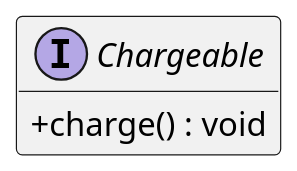
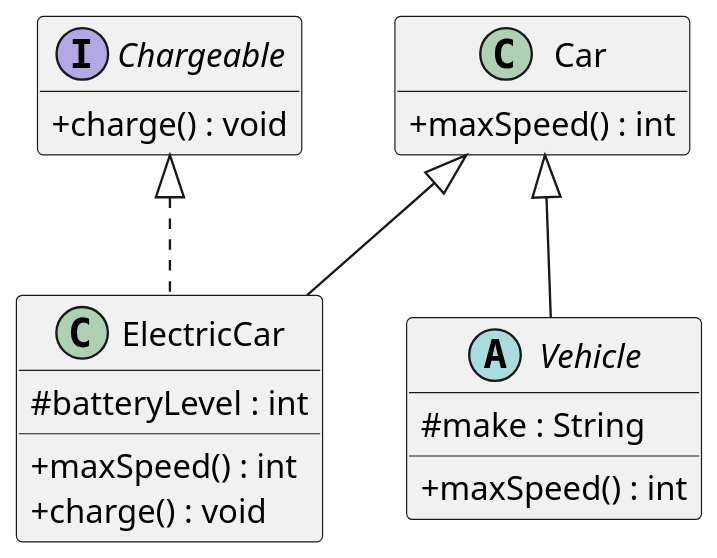
One commit to Cath-A/207-course-notes changed the diagram in plantuml/exercises/vehicles-uml-starter.puml. Above: the diagram before and after it, drawn with PlantUML.

Commit message:
Attempt UML Question

```diff
--- a/plantuml/exercises/vehicles-uml-starter.puml
+++ b/plantuml/exercises/vehicles-uml-starter.puml
@@ -1,29 +1,44 @@
 @startuml
 skinparam dpi 150
 skinparam classAttributeIconSize 0
 hide empty members
 
 ' Your task (Chapter 3, Question 2): draw the UML class diagram for the
 ' Vehicle / Car / ElectricCar / Chargeable code.
 '
 ' Define each type as a box, then connect them with the right arrows. One box
 ' (Chargeable) is filled in as an example — complete the other three and add the
 ' relationships.
 '
 ' PlantUML cheat-sheet:
 '   interface Name { + method() : Type }
 '   abstract class Name { # field : Type }
 '   class Name { - field : Type }
 '   Parent    <|-- Child    ' generalization: Child extends Parent
 '   Interface <|.. Class    ' realization:    Class implements Interface
 ' (Putting the parent/interface on the LEFT of the arrow keeps it on top.)
 
 interface Chargeable {
   + charge() : void
 }
 
-' TODO: add "abstract class Vehicle", "class Car", and "class ElectricCar"
-'       (with their fields and methods), then add the arrows between all four
-'       types.
+abstract class Vehicle {
+  # make : String
+  + maxSpeed() : int
+}
+
+class Car {
+  + maxSpeed() : int
+}
+
+class ElectricCar {
+  # batteryLevel : int
+  + maxSpeed() : int
+  + charge() : void
+}
+
+Car <|-- Vehicle
+Car <|-- ElectricCar
+Chargeable <|.. ElectricCar
 
 @enduml
```
